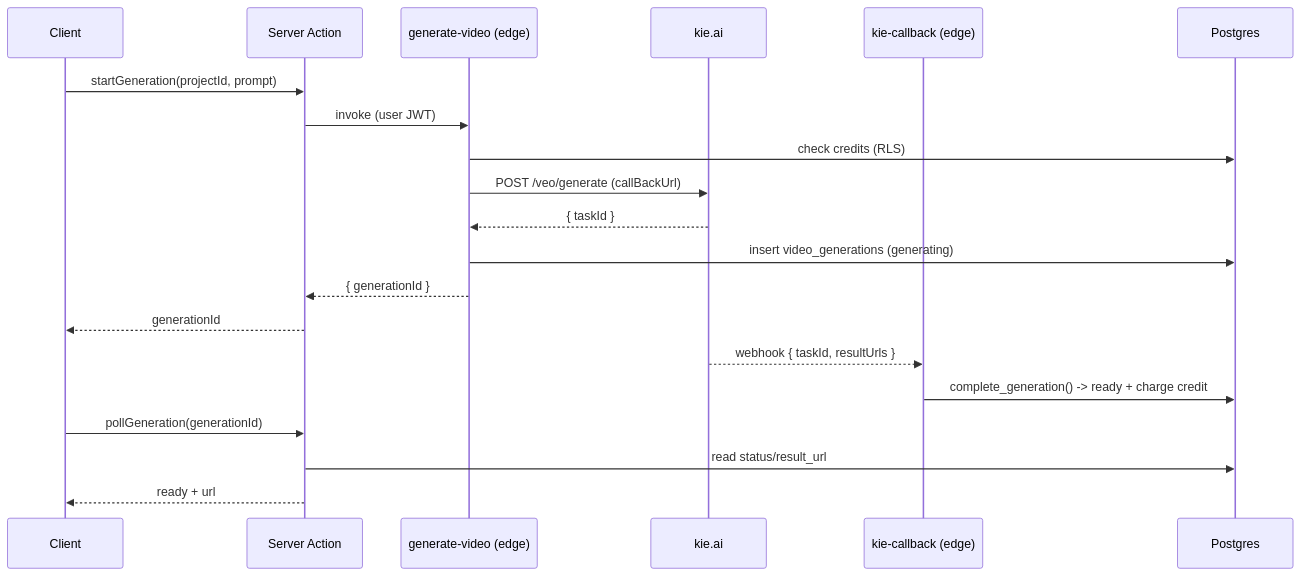
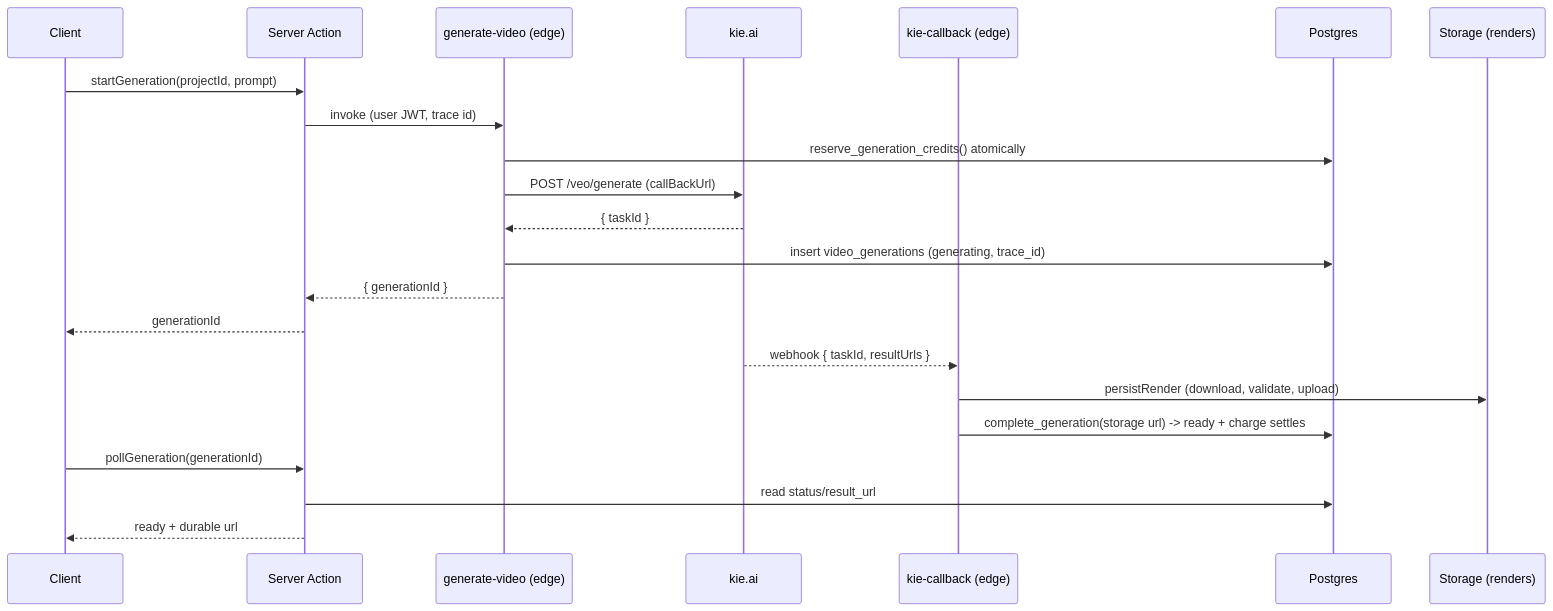
The second of 4 diagrams in docs/production-readiness.md (Ferousco-dev/beyond-social), drawn with Mermaid before and after one commit. The commit also changed other lines of this file, not shown here.

````diff
--- a/docs/production-readiness.md
+++ b/docs/production-readiness.md
@@ -300,22 +426,24 @@
 ```mermaid
 sequenceDiagram
   participant C as Client
   participant A as Server Action
   participant GV as generate-video (edge)
   participant K as kie.ai
   participant CB as kie-callback (edge)
   participant DB as Postgres
+  participant ST as Storage (renders)
   C->>A: startGeneration(projectId, prompt)
-  A->>GV: invoke (user JWT)
-  GV->>DB: check credits (RLS)
+  A->>GV: invoke (user JWT, trace id)
+  GV->>DB: reserve_generation_credits() atomically
   GV->>K: POST /veo/generate (callBackUrl)
   K-->>GV: { taskId }
-  GV->>DB: insert video_generations (generating)
+  GV->>DB: insert video_generations (generating, trace_id)
   GV-->>A: { generationId }
   A-->>C: generationId
   K-->>CB: webhook { taskId, resultUrls }
-  CB->>DB: complete_generation() -> ready + charge credit
+  CB->>ST: persistRender (download, validate, upload)
+  CB->>DB: complete_generation(storage url) -> ready + charge settles
   C->>A: pollGeneration(generationId)
   A->>DB: read status/result_url
-  A-->>C: ready + url
+  A-->>C: ready + durable url
 ```
````
